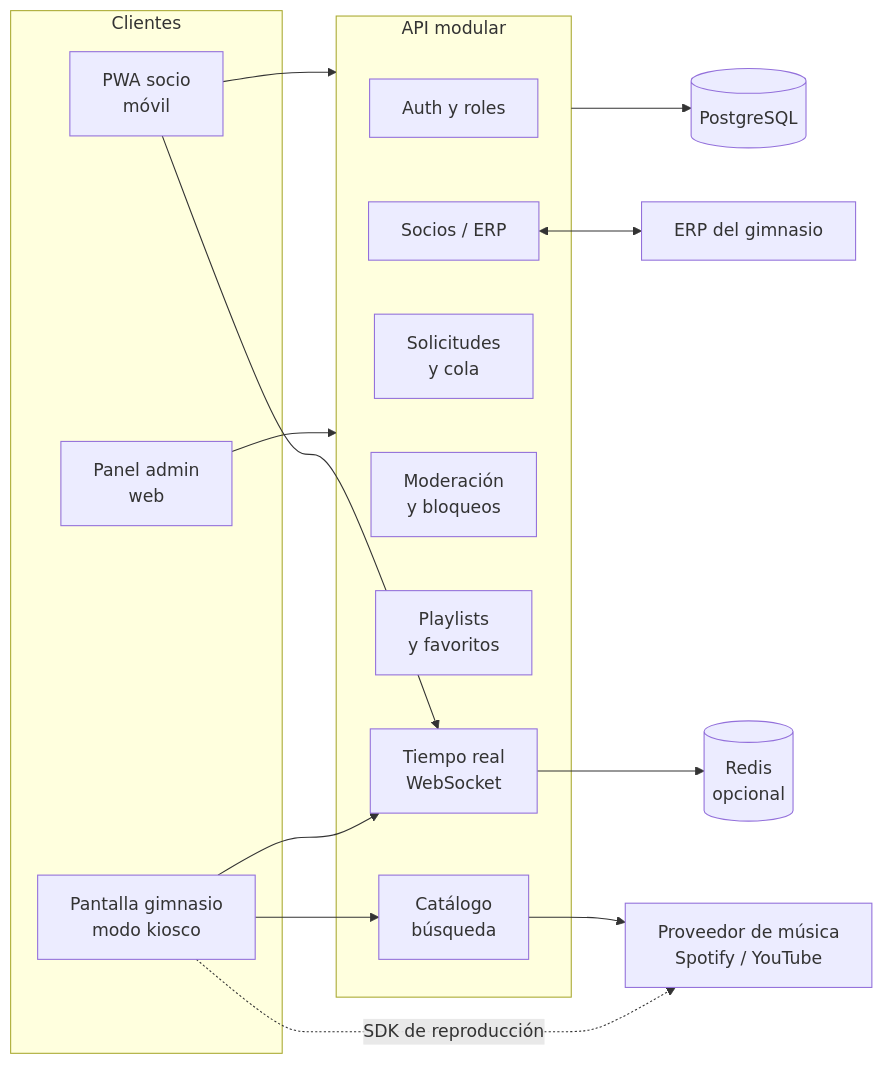
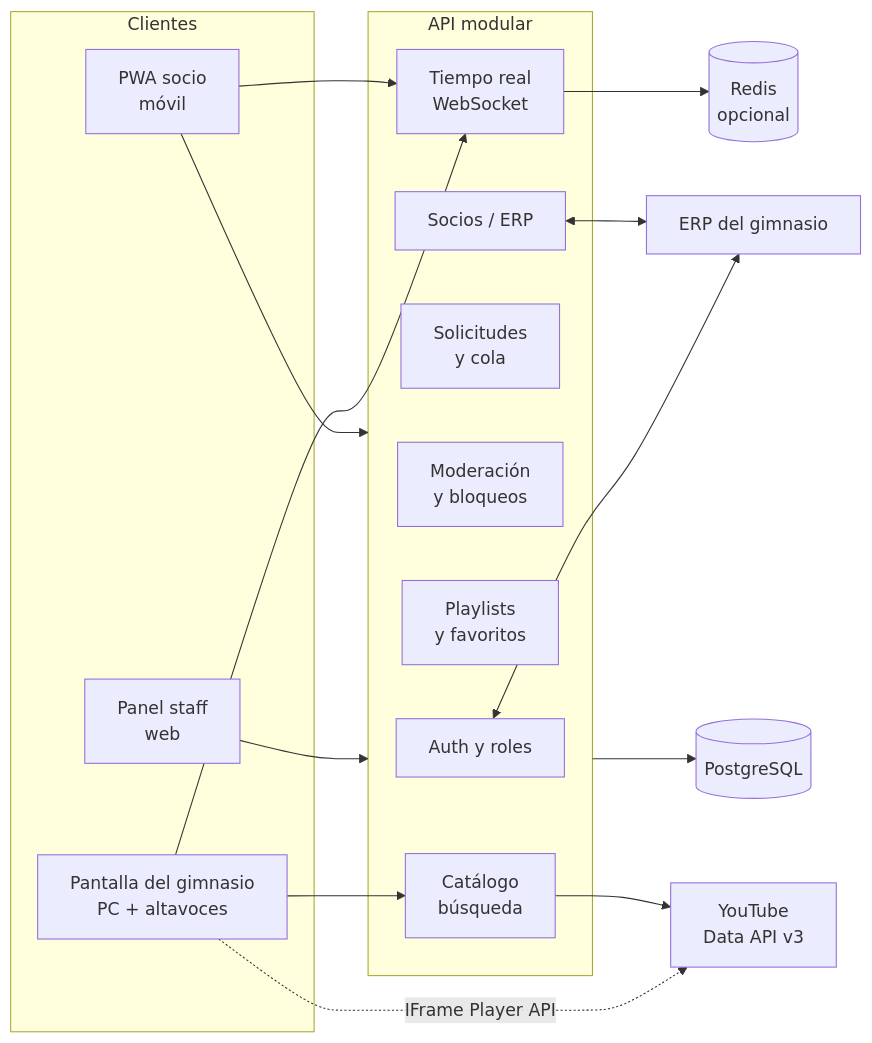
Before and after one commit to NandOwO/prueba-radio: the diagram in docs/plan-implementacion.md, drawn with Mermaid. The commit also changed other lines of this file and 1 other file, not shown here.

First line of the commit message:
docs: actualizar plan con decisiones confirmadas y ejemplo de ERP

````diff
--- a/docs/plan-implementacion.md
+++ b/docs/plan-implementacion.md
@@ -26,34 +30,35 @@
 ```mermaid
 flowchart LR
     subgraph Clientes
         M[PWA socio<br/>móvil]
-        A[Panel admin<br/>web]
-        D[Pantalla gimnasio<br/>modo kiosco]
+        A[Panel staff<br/>web]
+        D[Pantalla del gimnasio<br/>PC + altavoces]
     end
 
     subgraph Backend[API modular]
         AUTH[Auth y roles]
         MEM[Socios / ERP]
         REQ[Solicitudes<br/>y cola]
         MOD[Moderación<br/>y bloqueos]
         PL[Playlists<br/>y favoritos]
         CAT[Catálogo<br/>búsqueda]
         RT[Tiempo real<br/>WebSocket]
     end
 
     DB[(PostgreSQL)]
     R[(Redis<br/>opcional)]
     ERP[ERP del gimnasio]
-    MP[Proveedor de música<br/>Spotify / YouTube]
+    YT[YouTube<br/>Data API v3]
 
     M --> RT
     M --> Backend
     A --> Backend
     D --> RT
     D --> CAT
     Backend --> DB
     RT --> R
     MEM <--> ERP
-    CAT --> MP
-    D -. SDK de reproducción .-> MP
+    AUTH <--> ERP
+    CAT --> YT
+    D -. IFrame Player API .-> YT
 ```
````
